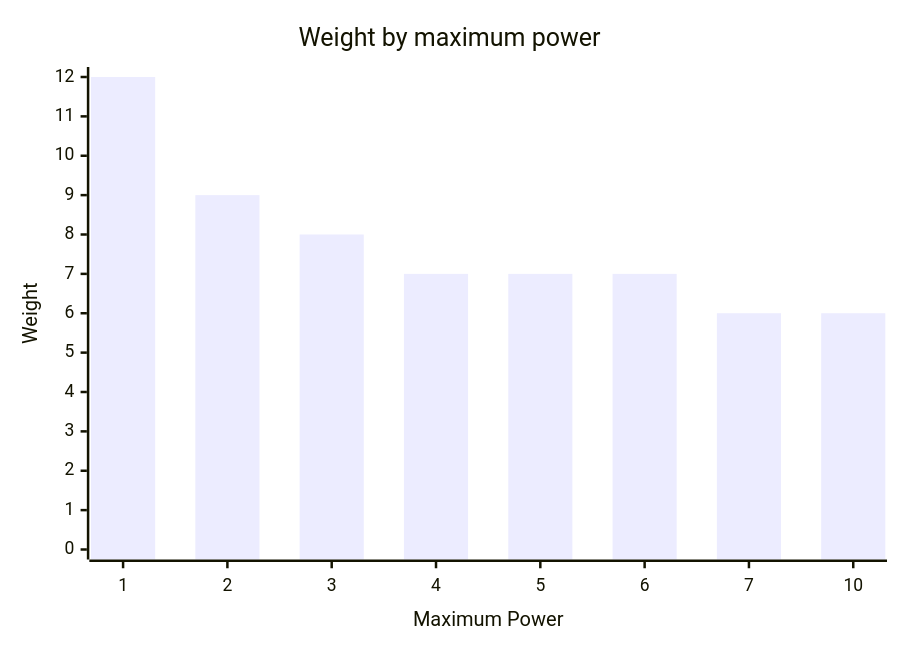
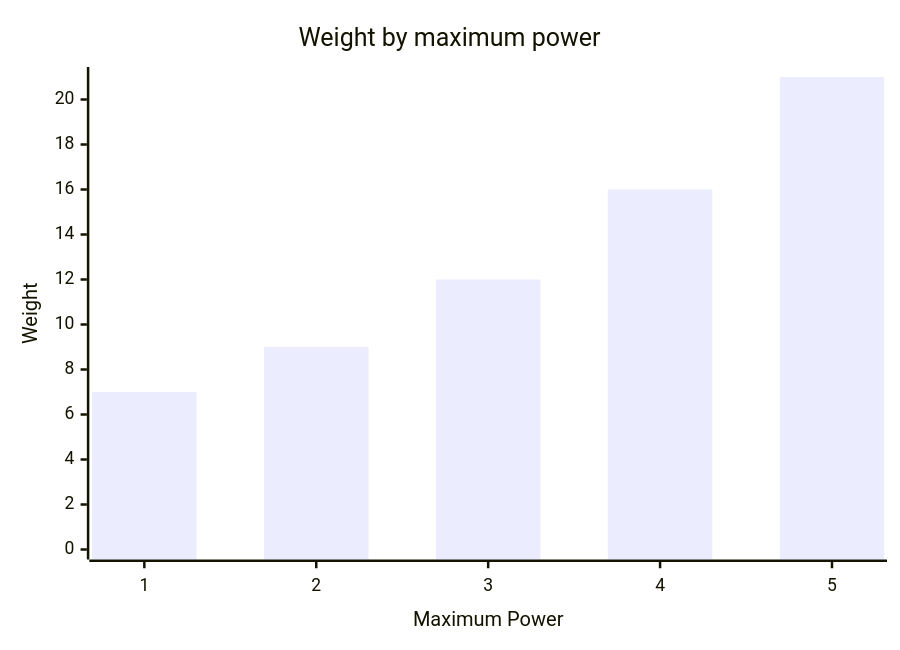
The sixth of 10 diagrams in README.md (kilfour/SharpBotz), drawn with Mermaid before and after one commit. The commit also changed other lines of this file and 4 other files, not shown here.

````diff
--- a/README.md
+++ b/README.md
@@ -218,7 +219,7 @@
 ```mermaid
 xychart-beta
     title "Weight by maximum power"
-    x-axis "Maximum Power" [1, 2, 3, 4, 5, 6, 7, 10]
-    y-axis "Weight" 0 --> 12
-    bar [12, 9, 8, 7, 7, 7, 6, 6]
+    x-axis "Maximum Power" [1, 2, 3, 4, 5]
+    y-axis "Weight" 0 --> 21
+    bar [7, 9, 12, 16, 21]
 ```
````
